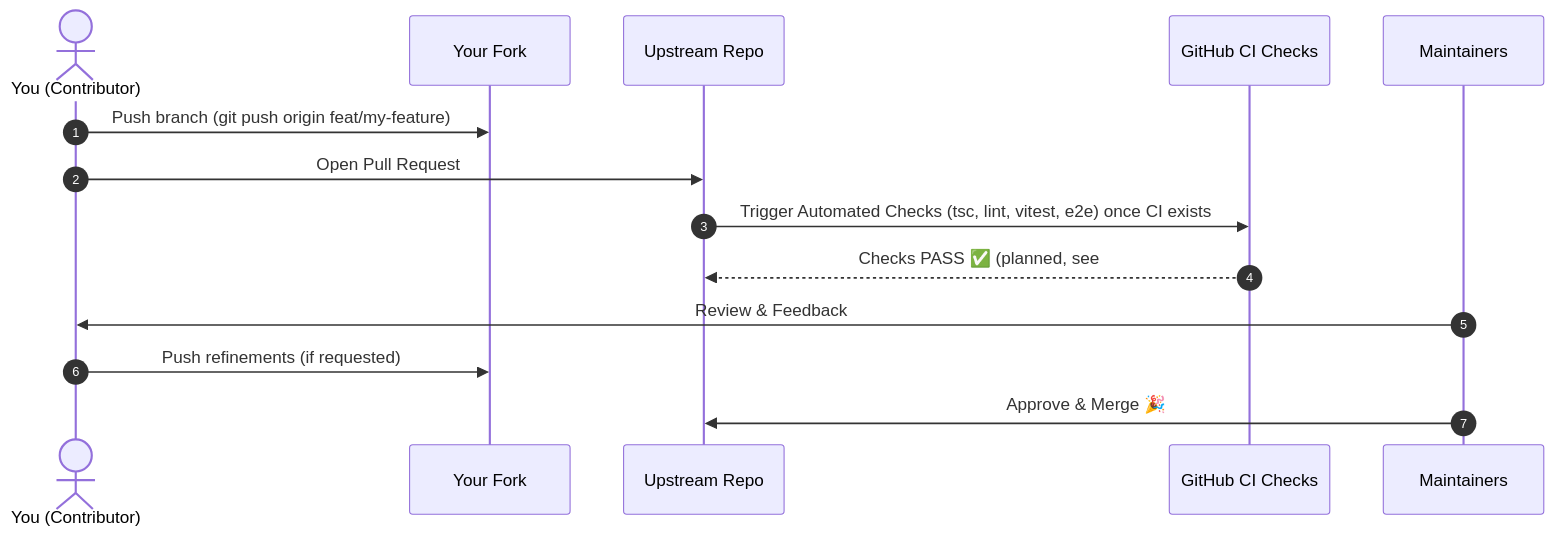
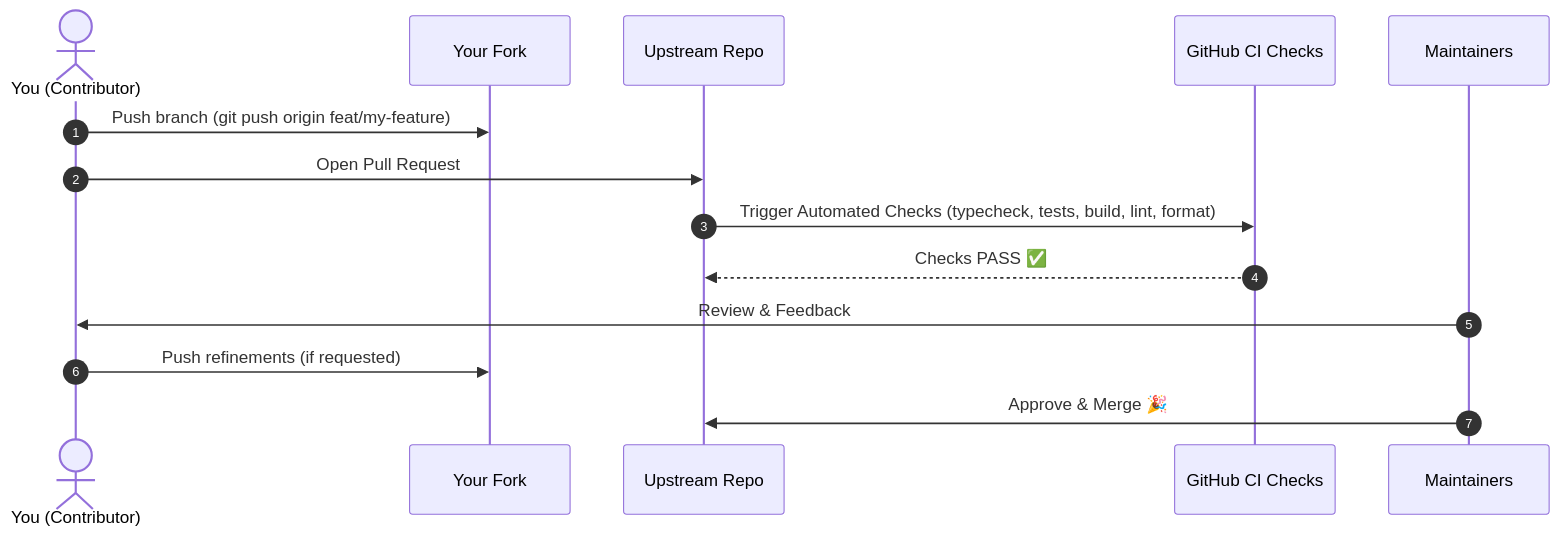
The second of 2 diagrams in CONTRIBUTING.md (GajananPalepwad/TheFreeVideoEditor), drawn with Mermaid before and after one commit. The commit also changed other lines of this file and 3 other files, not shown here.

````diff
--- a/CONTRIBUTING.md
+++ b/CONTRIBUTING.md
@@ -240,17 +245,17 @@
 ```mermaid
 sequenceDiagram
     autonumber
     actor Contributor as You (Contributor)
     participant Fork as Your Fork
     participant Repo as Upstream Repo
     participant CI as GitHub CI Checks
     participant Reviewer as Maintainers
 
     Contributor->>Fork: Push branch (git push origin feat/my-feature)
     Contributor->>Repo: Open Pull Request
-    Repo->>CI: Trigger Automated Checks (tsc, lint, vitest, e2e) once CI exists
-    CI-->>Repo: Checks PASS ✅ (planned, see #40)
+    Repo->>CI: Trigger Automated Checks (typecheck, tests, build, lint, format)
+    CI-->>Repo: Checks PASS ✅
     Reviewer->>Contributor: Review & Feedback
     Contributor->>Fork: Push refinements (if requested)
     Reviewer->>Repo: Approve & Merge 🎉
 ```
````
